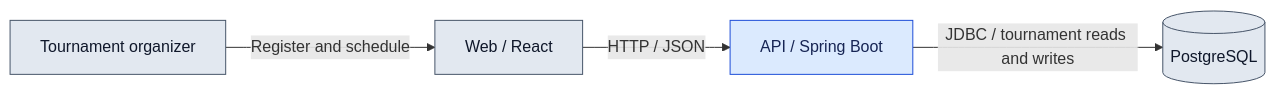
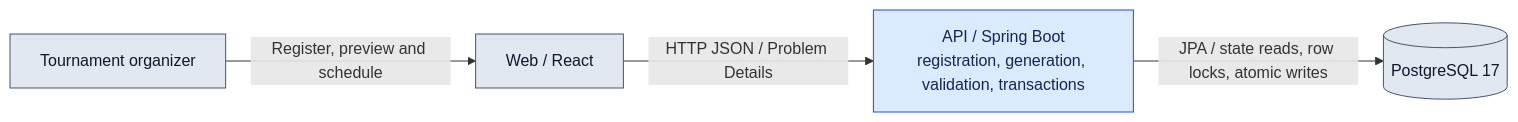
One commit to DmytroBrat/tournament-iq changed the first of 3 diagrams in docs/Target Architecture (HLD)/v1/Containers/API.md. Above: the diagram before and after it, drawn with Mermaid. The commit also changed other lines of this file and 11 other files, not shown here.

````diff
--- a/docs/Target Architecture (HLD)/v1/Containers/API.md
+++ b/docs/Target Architecture (HLD)/v1/Containers/API.md
@@ -13,10 +13,10 @@
 ```mermaid
 flowchart LR
-  Organizer["Tournament organizer"] -->|"Register and schedule"| Web["Web / React"]
-  Web -->|"HTTP / JSON"| API["API / Spring Boot"]
-  API -->|"JDBC / tournament reads and writes"| Database[("PostgreSQL")]
+  Organizer["Tournament organizer"] -->|"Register, preview and schedule"| Web["Web / React"]
+  Web -->|"HTTP JSON / Problem Details"| API["API / Spring Boot<br/>registration, generation, validation, transactions"]
+  API -->|"JPA / state reads, row locks, atomic writes"| Database[("PostgreSQL 17")]
   classDef context fill:#e2e8f0,stroke:#475569,color:#0f172a
   classDef required fill:#dbeafe,stroke:#1d4ed8,color:#172554
   class Organizer,Web,Database context
   class API required
 ```
````
